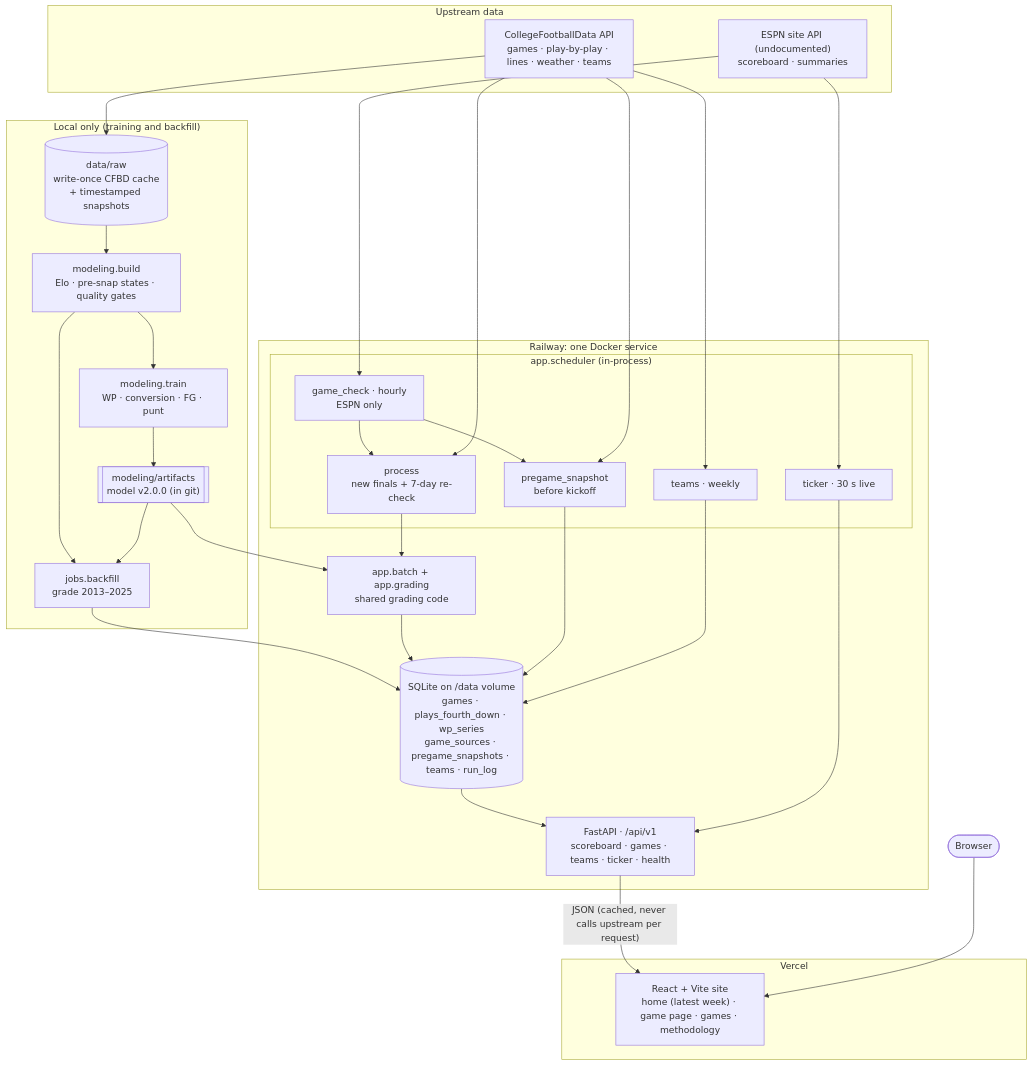
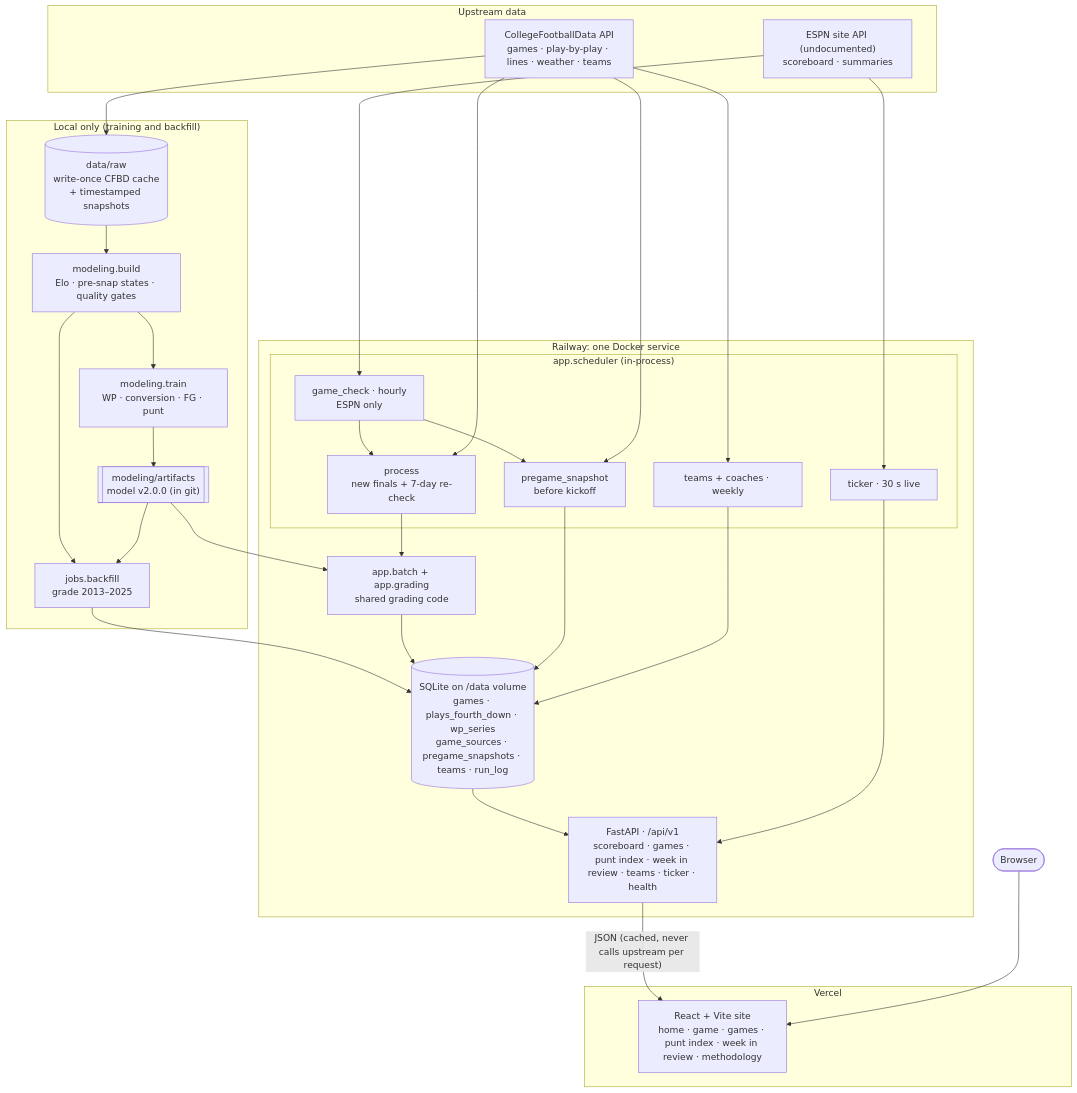
Before and after one commit to lneuendorf/cfb4thdown-v2: the diagram in README.md, drawn with Mermaid. The commit also changed other lines of this file and 5 other files, not shown here.

````diff
--- a/README.md
+++ b/README.md
@@ -9,48 +9,48 @@
 ```mermaid
 flowchart TB
   subgraph upstream["Upstream data"]
     cfbd["CollegeFootballData API<br/>games · play-by-play · lines · weather · teams"]
     espn["ESPN site API (undocumented)<br/>scoreboard · summaries"]
   end
 
   subgraph local["Local only (training and backfill)"]
     raw[("data/raw<br/>write-once CFBD cache<br/>+ timestamped snapshots")]
     build["modeling.build<br/>Elo · pre-snap states · quality gates"]
     train["modeling.train<br/>WP · conversion · FG · punt"]
     artifacts[["modeling/artifacts<br/>model v2.0.0 (in git)"]]
     backfill["jobs.backfill<br/>grade 2013–2025"]
   end
 
   subgraph railway["Railway: one Docker service"]
     subgraph sched["app.scheduler (in-process)"]
       check["game_check · hourly<br/>ESPN only"]
       process["process<br/>new finals + 7-day re-check"]
       pregame["pregame_snapshot<br/>before kickoff"]
-      teams["teams · weekly"]
+      teams["teams + coaches · weekly"]
       ticker["ticker · 30 s live"]
     end
     grading["app.batch + app.grading<br/>shared grading code"]
-    api["FastAPI · /api/v1<br/>scoreboard · games · teams · ticker · health"]
+    api["FastAPI · /api/v1<br/>scoreboard · games · punt index · week in review · teams · ticker · health"]
     db[("SQLite on /data volume<br/>games · plays_fourth_down · wp_series<br/>game_sources · pregame_snapshots · teams · run_log")]
   end
 
   subgraph vercel["Vercel"]
-    web["React + Vite site<br/>home (latest week) · game page · games · methodology"]
+    web["React + Vite site<br/>home · game · games · punt index · week in review · methodology"]
   end
 
   cfbd --> raw --> build --> train --> artifacts
   build --> backfill
   artifacts --> backfill --> db
   espn --> check
   espn --> ticker
   check --> process & pregame
   cfbd --> process & pregame & teams
   process --> grading
   artifacts --> grading
   grading --> db
   pregame & teams --> db
   db --> api
   ticker --> api
   api -- "JSON (cached, never calls upstream per request)" --> web
   user(["Browser"]) --> web
 ```
````
